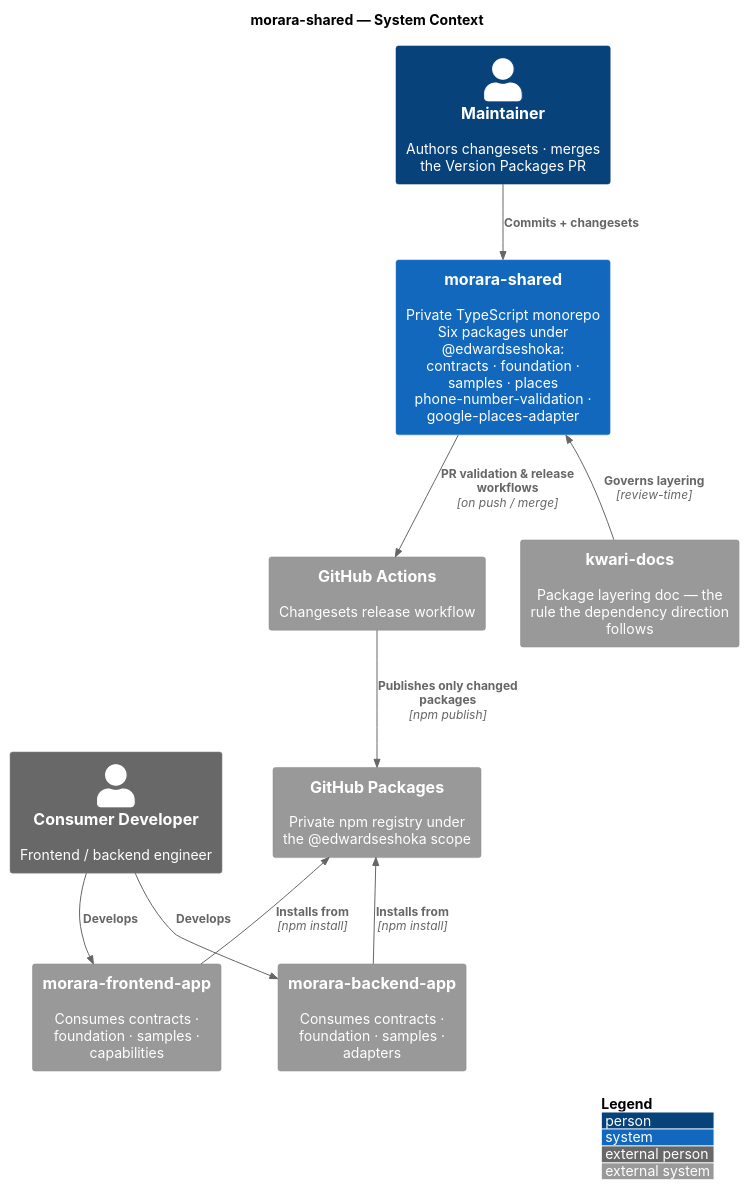
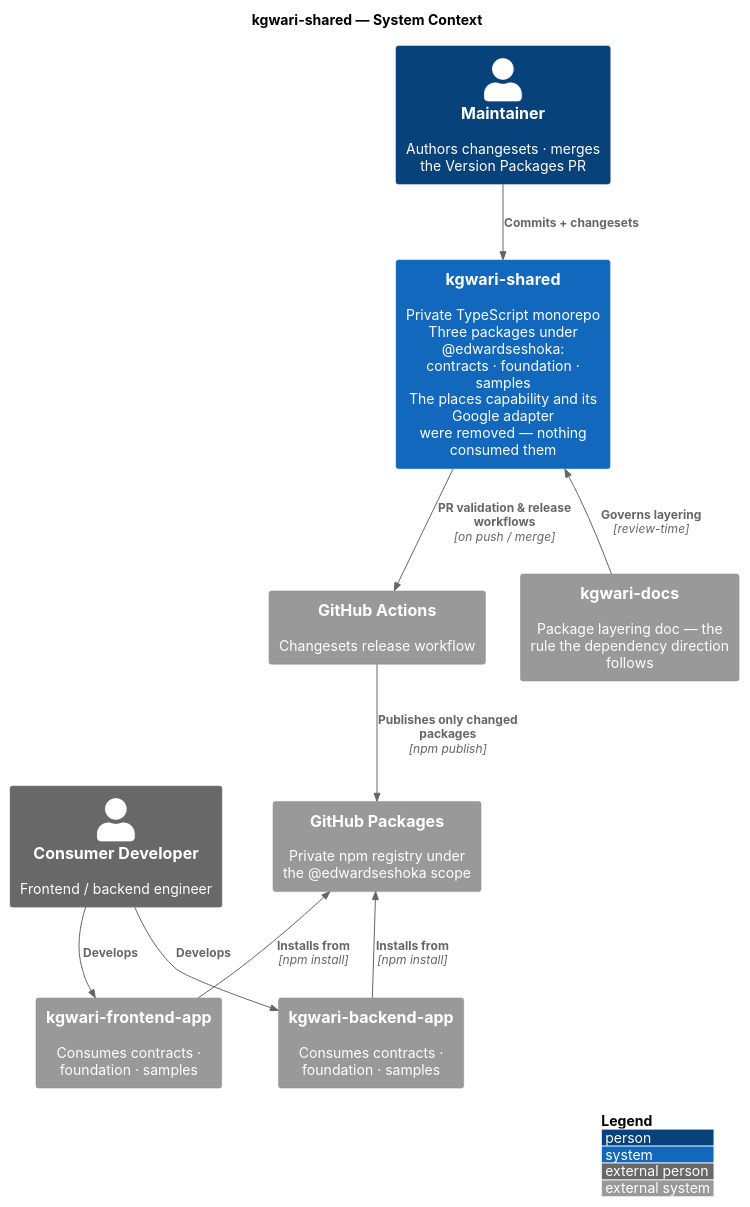
One commit to EdwardSeshoka/kgwari-portfolio changed the diagram in site-src/diagrams/sh-context.puml. Above: the diagram before and after it, drawn with PlantUML. The commit also changed 57 other files, not shown here.

```diff
--- a/site-src/diagrams/sh-context.puml
+++ b/site-src/diagrams/sh-context.puml
@@ -1,32 +1,32 @@
 @startuml
 !include https://raw.githubusercontent.com/plantuml-stdlib/C4-PlantUML/master/C4_Context.puml
 
 LAYOUT_WITH_LEGEND()
 HIDE_STEREOTYPE()
 skinparam backgroundColor #FFFFFF
 skinparam defaultFontName "Inter"
 skinparam shadowing false
 
-title morara-shared — System Context
+title kgwari-shared — System Context
 
 Person(maintainer, "Maintainer", "Authors changesets · merges the Version Packages PR")
 Person_Ext(consumerDev, "Consumer Developer", "Frontend / backend engineer")
 
-System(shared, "morara-shared", "Private TypeScript monorepo\nSix packages under @edwardseshoka:\ncontracts · foundation · samples · places\nphone-number-validation · google-places-adapter")
+System(shared, "kgwari-shared", "Private TypeScript monorepo\nThree packages under @edwardseshoka:\ncontracts · foundation · samples\nThe places capability and its Google adapter\nwere removed — nothing consumed them")
 
-System_Ext(fe, "morara-frontend-app", "Consumes contracts · foundation · samples · capabilities")
-System_Ext(be, "morara-backend-app", "Consumes contracts · foundation · samples · adapters")
+System_Ext(fe, "kgwari-frontend-app", "Consumes contracts · foundation · samples")
+System_Ext(be, "kgwari-backend-app", "Consumes contracts · foundation · samples")
 System_Ext(ghpkg, "GitHub Packages", "Private npm registry under the @edwardseshoka scope")
 System_Ext(gha, "GitHub Actions", "Changesets release workflow")
-System_Ext(docs, "kwari-docs", "Package layering doc — the rule the dependency direction follows")
+System_Ext(docs, "kgwari-docs", "Package layering doc — the rule the dependency direction follows")
 
 Rel(maintainer, shared, "Commits + changesets")
 Rel(shared, gha, "PR validation & release workflows", "on push / merge")
 Rel(gha, ghpkg, "Publishes only changed packages", "npm publish")
 Rel(consumerDev, fe, "Develops")
 Rel(consumerDev, be, "Develops")
 Rel_Back(ghpkg, fe, "Installs from", "npm install")
 Rel_Back(ghpkg, be, "Installs from", "npm install")
 Rel_U(docs, shared, "Governs layering", "review-time")
 
 @enduml
```
